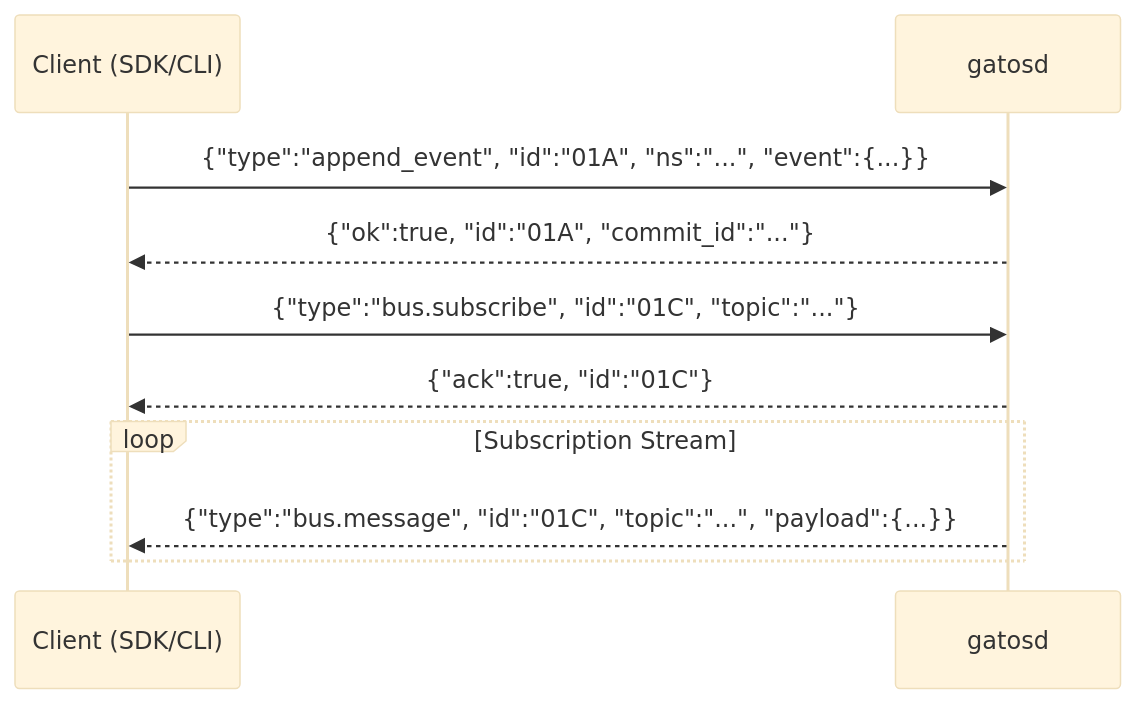
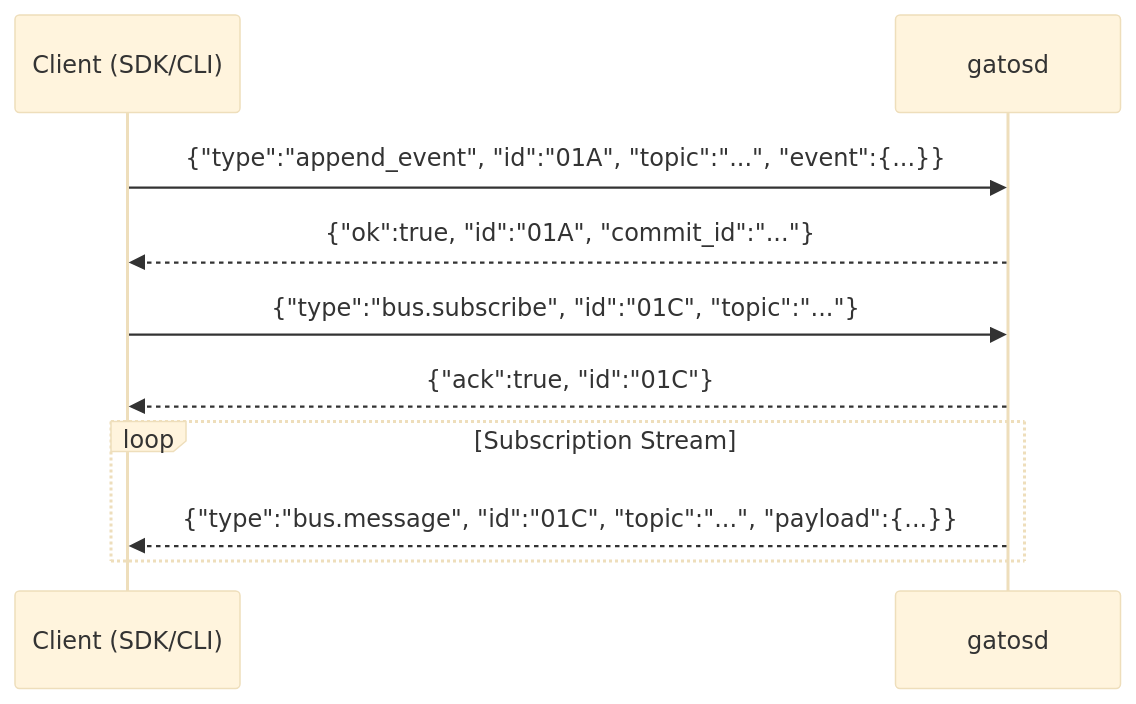
The seventh of 16 diagrams in docs/TECH-SPEC.md (flyingrobots/gatos), drawn with Mermaid (base theme) before and after one commit. The commit also changed other lines of this file and 5 other files, not shown here.

Commit message:
schemas/docs: unify on topic across envelope/ADR; remove what.repo_head; pointer low-entropy conditional; polish examples; JSONL topic; restore exec bit

````diff
--- a/docs/TECH-SPEC.md
+++ b/docs/TECH-SPEC.md
@@ -230,14 +230,14 @@
 ```mermaid
 sequenceDiagram
     participant Client as Client (SDK/CLI)
     participant Daemon as gatosd
 
-    Client->>Daemon: {"type":"append_event", "id":"01A", "ns":"...", "event":{...}}
+    Client->>Daemon: {"type":"append_event", "id":"01A", "topic":"...", "event":{...}}
     Daemon-->>Client: {"ok":true, "id":"01A", "commit_id":"..."}
 
     Client->>Daemon: {"type":"bus.subscribe", "id":"01C", "topic":"..."}
     Daemon-->>Client: {"ack":true, "id":"01C"}
     loop Subscription Stream
         Daemon-->>Client: {"type":"bus.message", "id":"01C", "topic":"...", "payload":{...}}
     end
 ```
````
